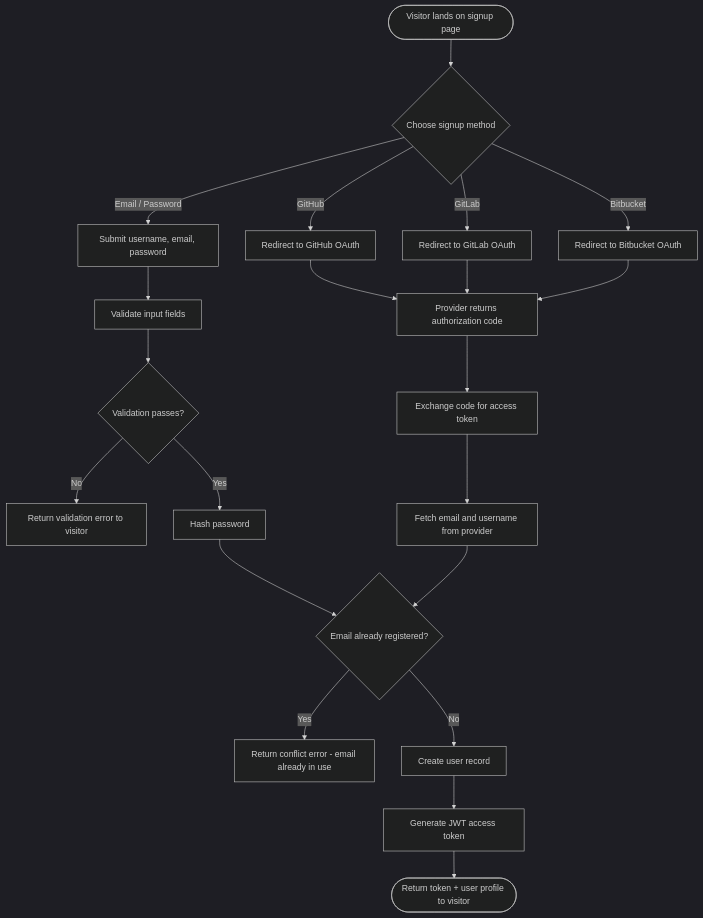
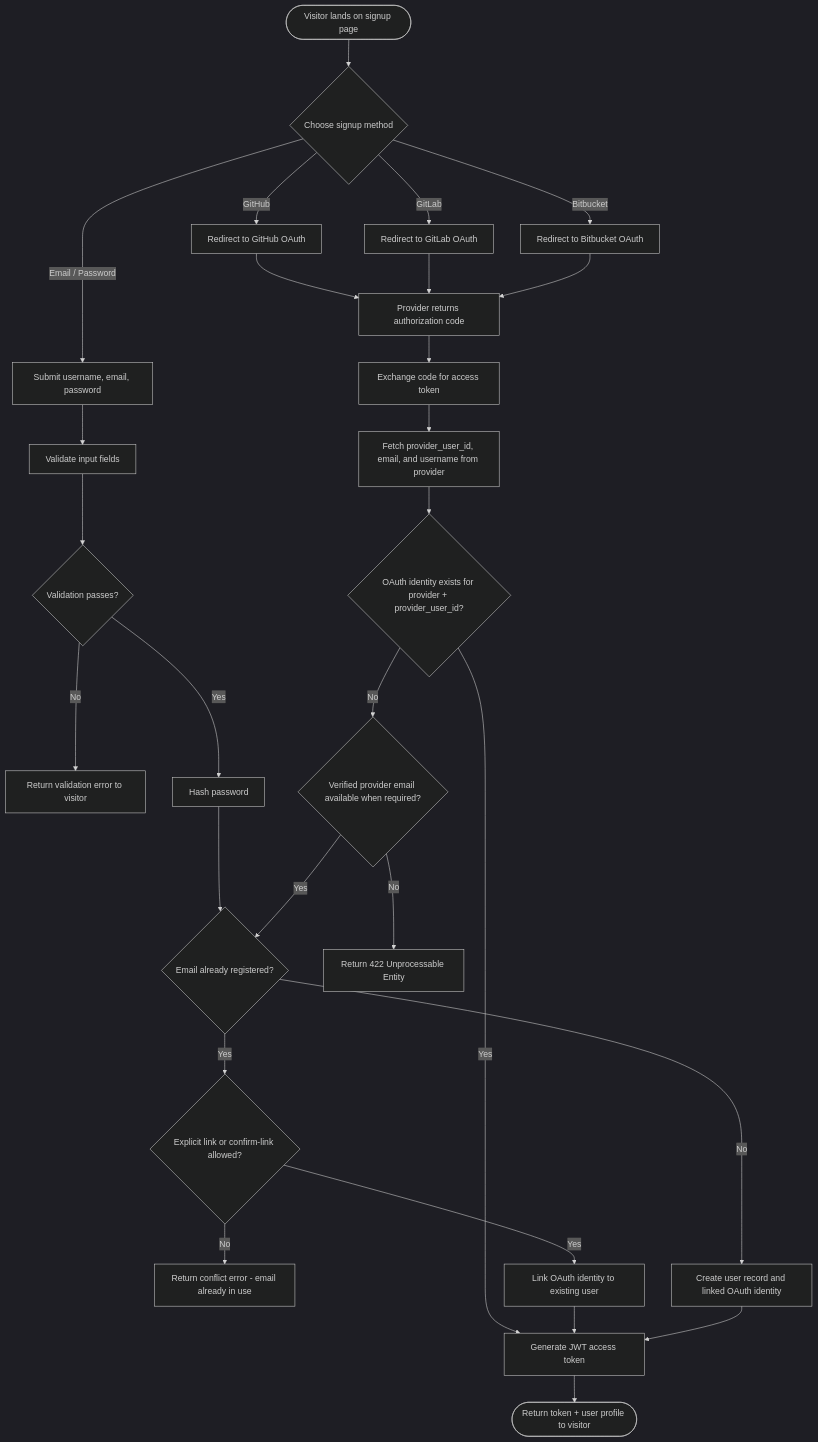
One commit to dev-clement/Open-Source-Software-Network changed the diagram in backend/mod-architectures/auth/signup/README.md. Above: the diagram before and after it, drawn with Mermaid (dark theme).

````diff
--- a/backend/mod-architectures/auth/signup/README.md
+++ b/backend/mod-architectures/auth/signup/README.md
@@ -34,27 +34,34 @@
 ```mermaid
 flowchart TD
     A([Visitor lands on signup page]) --> B{Choose signup method}
 
     B -->|Email / Password| C[Submit username, email, password]
     B -->|GitHub| D[Redirect to GitHub OAuth]
     B -->|GitLab| E[Redirect to GitLab OAuth]
     B -->|Bitbucket| F[Redirect to Bitbucket OAuth]
 
     C --> G[Validate input fields]
     G --> H{Validation passes?}
     H -->|No| I[Return validation error to visitor]
     H -->|Yes| J[Hash password]
     J --> K{Email already registered?}
 
     D --> L[Provider returns authorization code]
     E --> L
     F --> L
     L --> M[Exchange code for access token]
-    M --> N[Fetch email and username from provider]
-    N --> K
+    M --> N[Fetch provider_user_id, email, and username from provider]
+    N --> S{OAuth identity exists for provider + provider_user_id?}
+    S -->|Yes| Q[Generate JWT access token]
+    S -->|No| T{Verified provider email available when required?}
+    T -->|No| U[Return 422 Unprocessable Entity]
+    T -->|Yes| K
 
-    K -->|Yes| O[Return conflict error - email already in use]
-    K -->|No| P[Create user record]
-    P --> Q[Generate JWT access token]
+    K -->|Yes| V{Explicit link or confirm-link allowed?}
+    V -->|No| O[Return conflict error - email already in use]
+    V -->|Yes| W[Link OAuth identity to existing user]
+    W --> Q
+    K -->|No| P[Create user record and linked OAuth identity]
+    P --> Q
     Q --> R([Return token + user profile to visitor])
 ```
````
